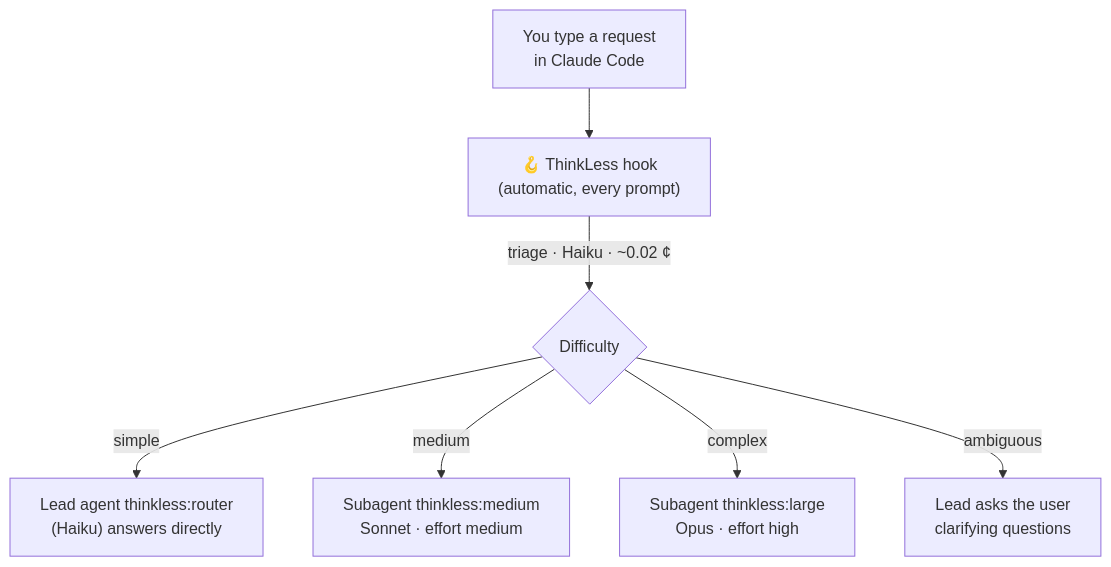
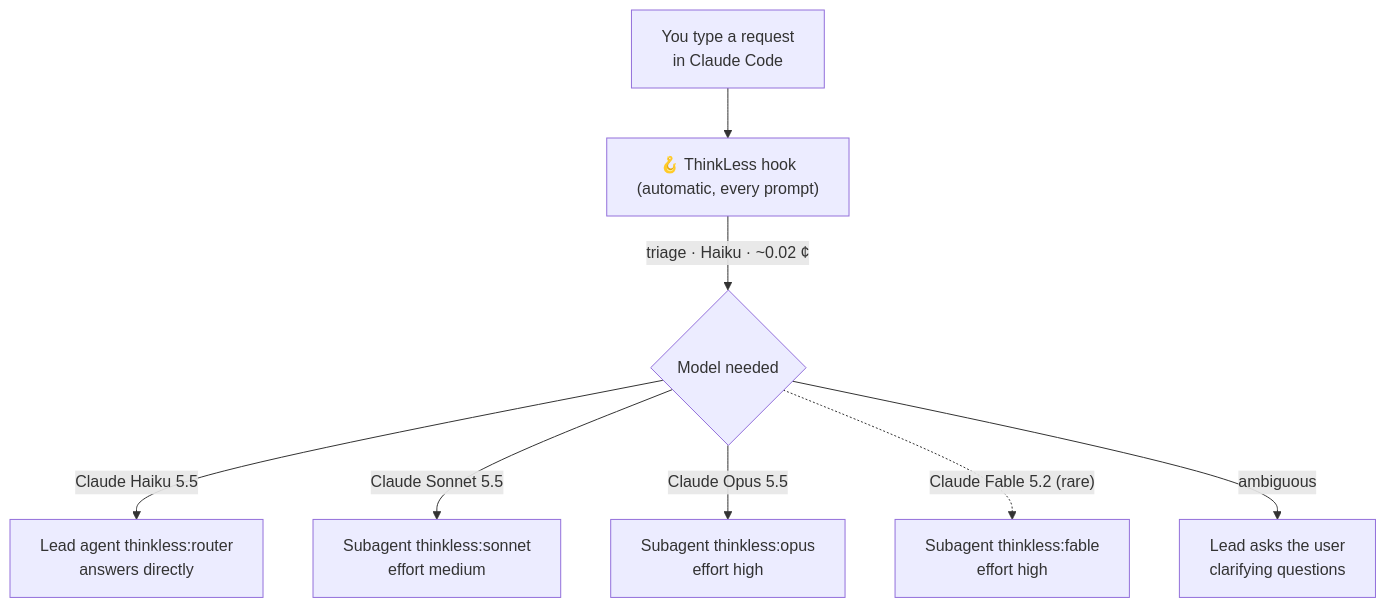
One commit to JacobRoche123/codejam-2026 changed the fourth of 13 diagrams in README.md. Above: the diagram before and after it, drawn with Mermaid. The commit also changed other lines of this file and 3 other files, not shown here.

First line of the commit message:
THINKLESS.md for users, README updated for model names, Fable and reports

````diff
--- a/README.md
+++ b/README.md
@@ -86,9 +93,10 @@
 ```mermaid
 flowchart TD
     U["You type a request<br/>in Claude Code"] --> H["🪝 ThinkLess hook<br/>(automatic, every prompt)"]
-    H -->|"triage · Haiku · ~0.02 ¢"| V{Difficulty}
-    V -- simple --> L["Lead agent thinkless:router<br/>(Haiku) answers directly"]
-    V -- medium --> M["Subagent thinkless:medium<br/>Sonnet · effort medium"]
-    V -- complex --> O["Subagent thinkless:large<br/>Opus · effort high"]
+    H -->|"triage · Haiku · ~0.02 ¢"| V{"Model needed"}
+    V -- "Claude Haiku 5.5" --> L["Lead agent thinkless:router<br/>answers directly"]
+    V -- "Claude Sonnet 5.5" --> M["Subagent thinkless:sonnet<br/>effort medium"]
+    V -- "Claude Opus 5.5" --> O["Subagent thinkless:opus<br/>effort high"]
+    V -. "Claude Fable 5.2 (rare)" .-> F["Subagent thinkless:fable<br/>effort high"]
     V -- ambiguous --> Q["Lead asks the user<br/>clarifying questions"]
 ```
````
